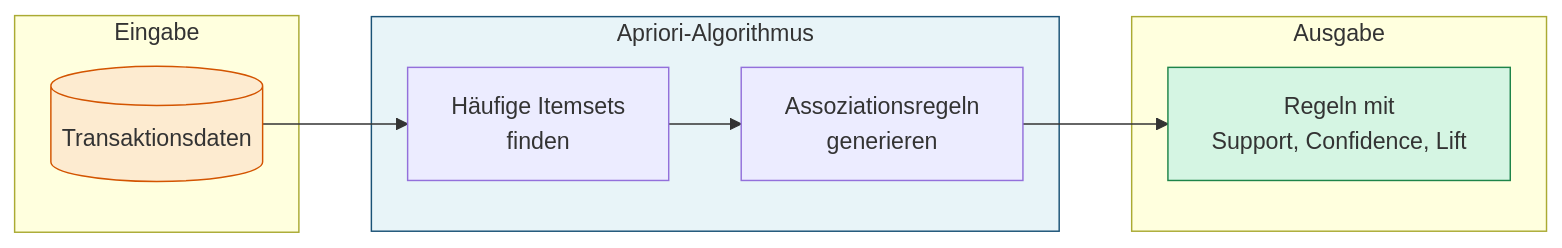
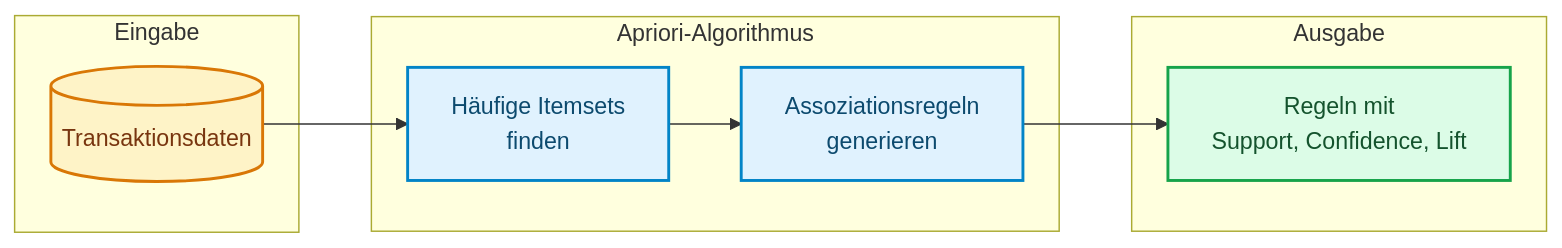
The first of 5 diagrams in docs/concepts/modeling/apriori.md (ralf-42/ML_Intro), drawn with Mermaid before and after one commit. The commit also changed other lines of this file and 67 other files, not shown here.

````diff
--- a/docs/concepts/modeling/apriori.md
+++ b/docs/concepts/modeling/apriori.md
@@ -30,23 +30,25 @@
 ```mermaid
 flowchart LR
     subgraph Eingabe
         T[(Transaktionsdaten)]
     end
     
     subgraph Apriori["Apriori-Algorithmus"]
         F[Häufige Itemsets<br>finden]
         R[Assoziationsregeln<br>generieren]
         F --> R
     end
     
     subgraph Ausgabe
         A["Regeln mit<br>Support, Confidence, Lift"]
     end
     
     T --> F
     R --> A
-    
-    style Apriori fill:#e8f4f8,stroke:#1a5276
-    style T fill:#fdebd0,stroke:#d35400
-    style A fill:#d5f5e3,stroke:#1e8449
+
+    classDef default fill:#e0f2fe,stroke:#0284c7,stroke-width:2px,color:#0c4a6e;
+    classDef metric fill:#fef3c7,stroke:#d97706,stroke-width:2px,color:#78350f;
+    classDef output fill:#dcfce7,stroke:#16a34a,stroke-width:2px,color:#14532d;
+    class T metric;
+    class A output;
 ```
````
